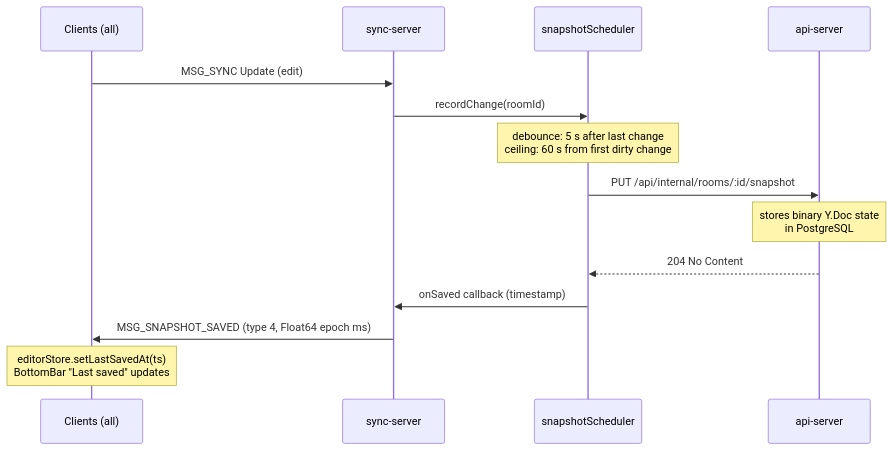
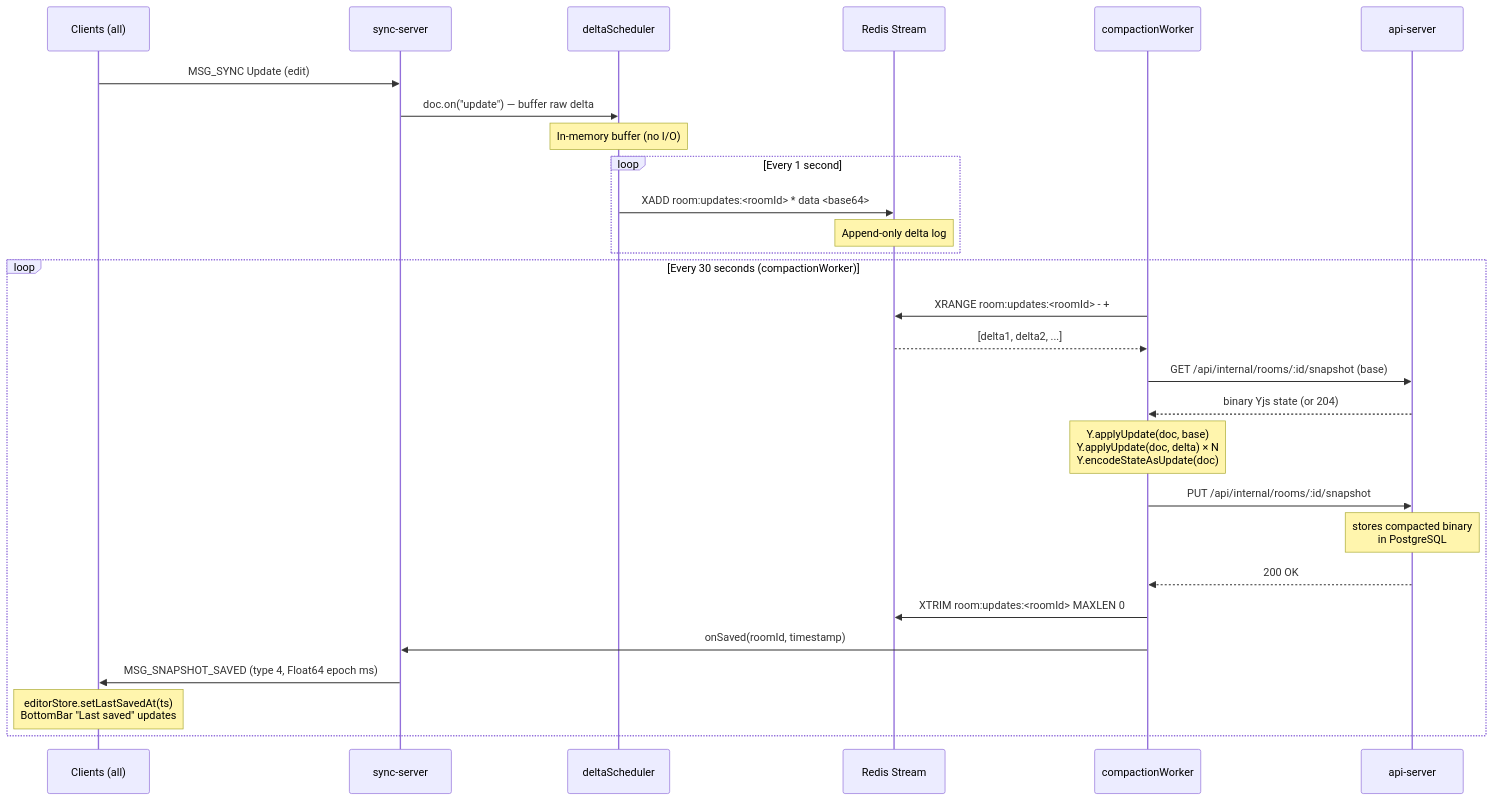
One commit to sonsonson110/collab-text-editor changed the fourth of 11 diagrams in docs/architecture.md. Above: the diagram before and after it, drawn with Mermaid. The commit also changed other lines of this file and 12 other files, not shown here.

Commit message:
refactor: transition to dedicated snapshot compaction workers and replace the old scheduler with a new delta-based system.

````diff
--- a/docs/architecture.md
+++ b/docs/architecture.md
@@ -360,19 +362,33 @@
 ```mermaid
 sequenceDiagram
     participant Clients as Clients (all)
     participant sync as sync-server
-    participant sched as snapshotScheduler
+    participant delta as deltaScheduler
+    participant Redis as Redis Stream
+    participant compact as compactionWorker
     participant api as api-server
 
     Clients->>sync: MSG_SYNC Update (edit)
-    sync->>sched: recordChange(roomId)
-    Note over sched: debounce: 5 s after last change<br/>ceiling: 60 s from first dirty change
+    sync->>delta: doc.on("update") — buffer raw delta
+    Note over delta: In-memory buffer (no I/O)
 
-    sched->>api: PUT /api/internal/rooms/:id/snapshot
-    Note over api: stores binary Y.Doc state<br/>in PostgreSQL
-    api-->>sched: 204 No Content
+    loop Every 1 second
+        delta->>Redis: XADD room:updates:<roomId> * data <base64>
+        Note over Redis: Append-only delta log
+    end
 
-    sched->>sync: onSaved callback (timestamp)
-    sync->>Clients: MSG_SNAPSHOT_SAVED (type 4, Float64 epoch ms)
-    Note over Clients: editorStore.setLastSavedAt(ts)<br/>BottomBar "Last saved" updates
+    loop Every 30 seconds (compactionWorker)
+        compact->>Redis: XRANGE room:updates:<roomId> - +
+        Redis-->>compact: [delta1, delta2, ...]
+        compact->>api: GET /api/internal/rooms/:id/snapshot (base)
+        api-->>compact: binary Yjs state (or 204)
+        Note over compact: Y.applyUpdate(doc, base)<br/>Y.applyUpdate(doc, delta) × N<br/>Y.encodeStateAsUpdate(doc)
+        compact->>api: PUT /api/internal/rooms/:id/snapshot
+        Note over api: stores compacted binary<br/>in PostgreSQL
+        api-->>compact: 200 OK
+        compact->>Redis: XTRIM room:updates:<roomId> MAXLEN 0
+        compact->>sync: onSaved(roomId, timestamp)
+        sync->>Clients: MSG_SNAPSHOT_SAVED (type 4, Float64 epoch ms)
+        Note over Clients: editorStore.setLastSavedAt(ts)<br/>BottomBar "Last saved" updates
+    end
 ```
````
